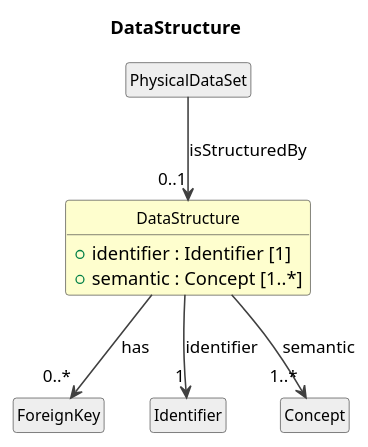
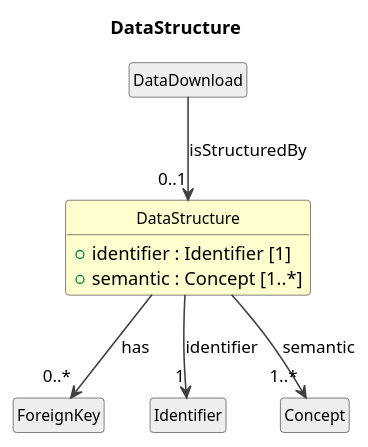
Before and after one commit to Cross-Domain-Interoperability-Framework/metadataBuildingBlocks: the diagram in cdif-uml-model/_plantuml/cdifDataStructure/Classes/DataStructure.pu, drawn with PlantUML. The commit also changed 29 other files, not shown here.

First line of the commit message:
Regenerate DataStructure model browser: DataDownload isStructuredBy + InstanceVariable uses

```diff
--- a/cdif-uml-model/_plantuml/cdifDataStructure/Classes/DataStructure.pu
+++ b/cdif-uml-model/_plantuml/cdifDataStructure/Classes/DataStructure.pu
@@ -1,26 +1,26 @@
 @startuml
 title DataStructure
 hide circle
 hide empty members
 skinparam shadowing false
 skinparam ArrowThickness 1.2
 skinparam class {
   ArrowColor #404040
   BorderColor #404040
   FontSize 12
 }
 
 class "DataStructure" as DataStructure #FEFECE {
   +identifier : Identifier [1]
   +semantic : Concept [1..*]
 }
 class "ForeignKey" as ForeignKey #EEEEEE
 DataStructure --> "0..*" ForeignKey : has
-class "PhysicalDataSet" as PhysicalDataSet #EEEEEE
-PhysicalDataSet --> "0..1" DataStructure : isStructuredBy
+class "DataDownload" as DataDownload #EEEEEE
+DataDownload --> "0..1" DataStructure : isStructuredBy
 class "Identifier" as Identifier #EEEEEE
 DataStructure --> "1" Identifier : identifier
 class "Concept" as Concept #EEEEEE
 DataStructure --> "1..*" Concept : semantic
 
 @enduml
```
